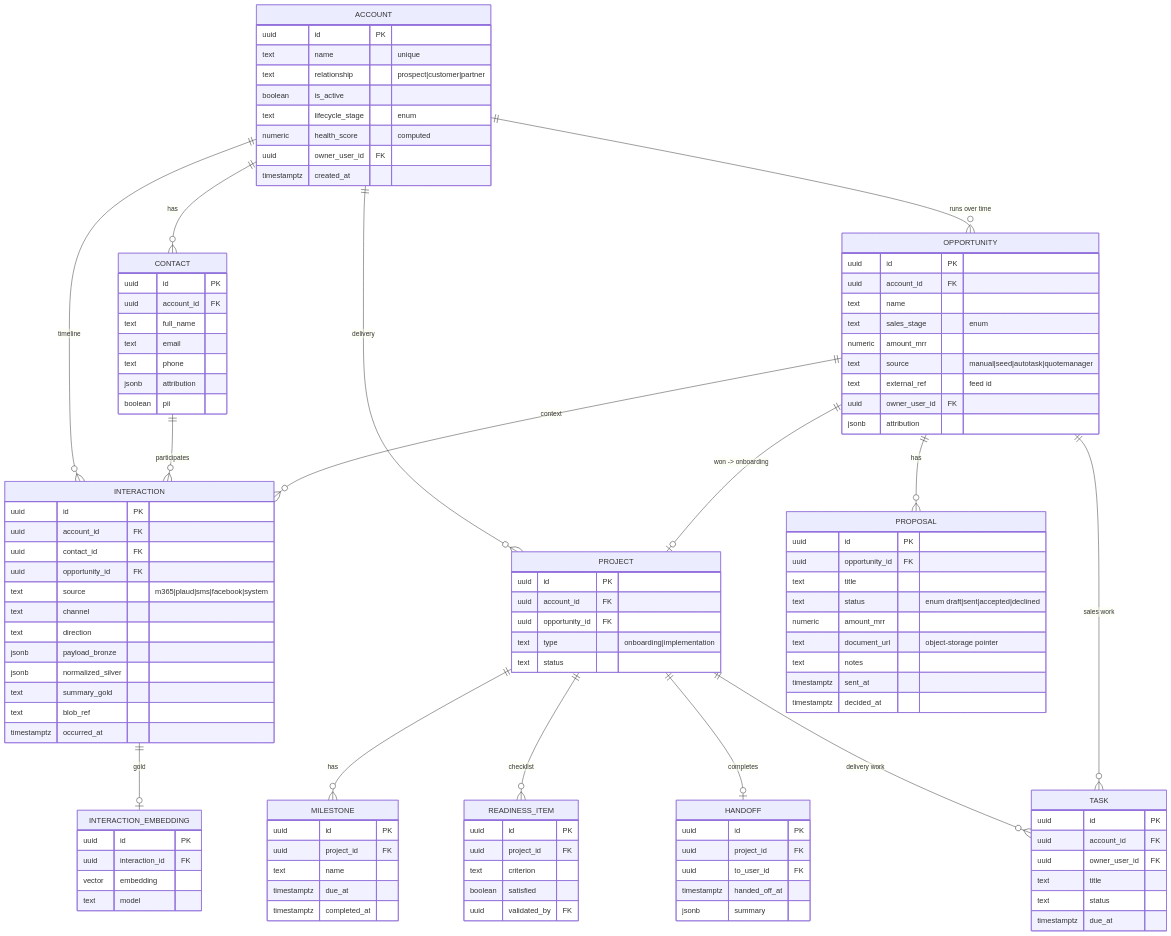
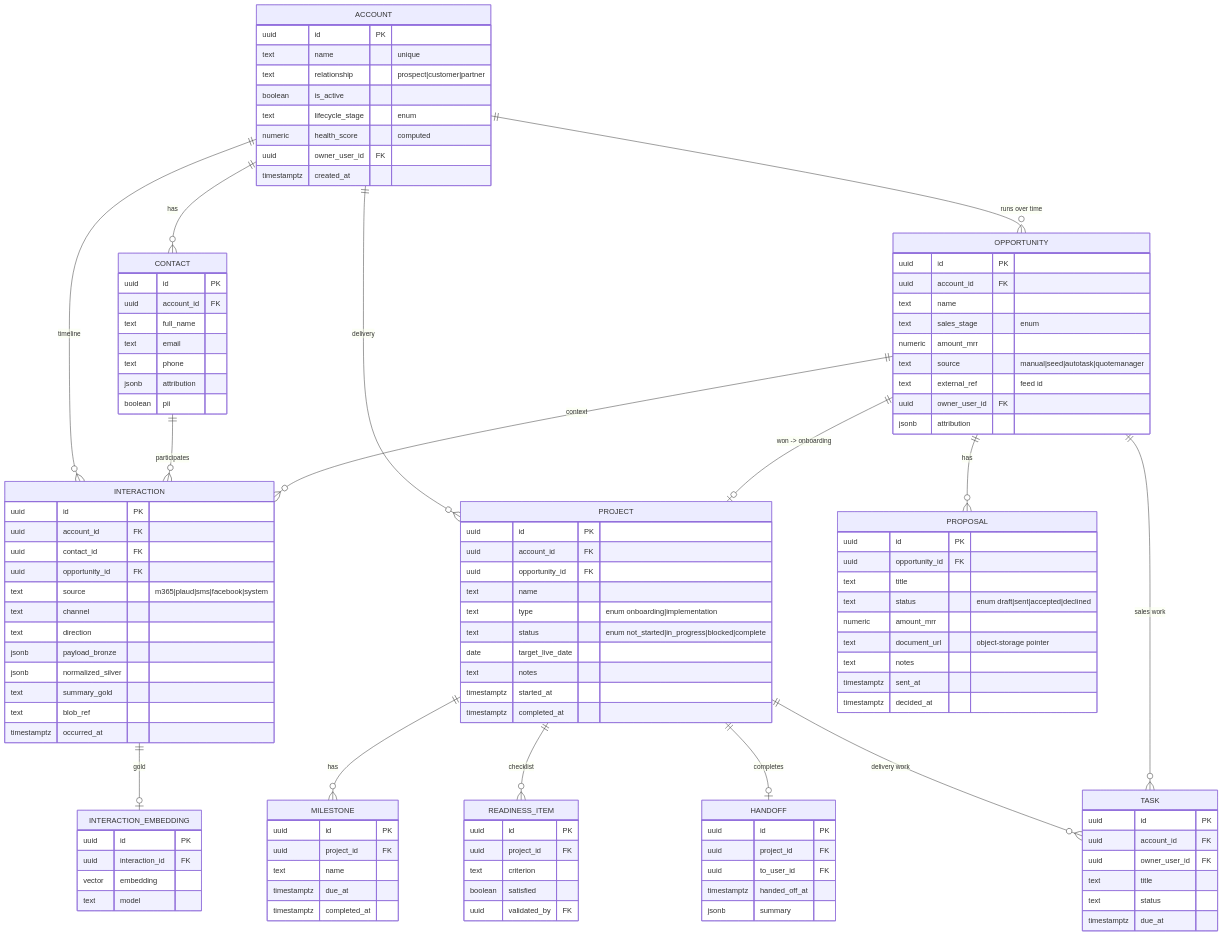
Before and after one commit to markdconnelly/ImperionCRM: the first of 3 diagrams in docs/database/data-model.md, drawn with Mermaid. The commit also changed other lines of this file and 13 other files, not shown here.

```diff
--- a/docs/database/data-model.md
+++ b/docs/database/data-model.md
@@ -89,8 +89,13 @@
       uuid id PK
       uuid account_id FK
       uuid opportunity_id FK
-      text type "onboarding|implementation"
-      text status
+      text name
+      text type "enum onboarding|implementation"
+      text status "enum not_started|in_progress|blocked|complete"
+      date target_live_date
+      text notes
+      timestamptz started_at
+      timestamptz completed_at
     }
     MILESTONE {
       uuid id PK
```
